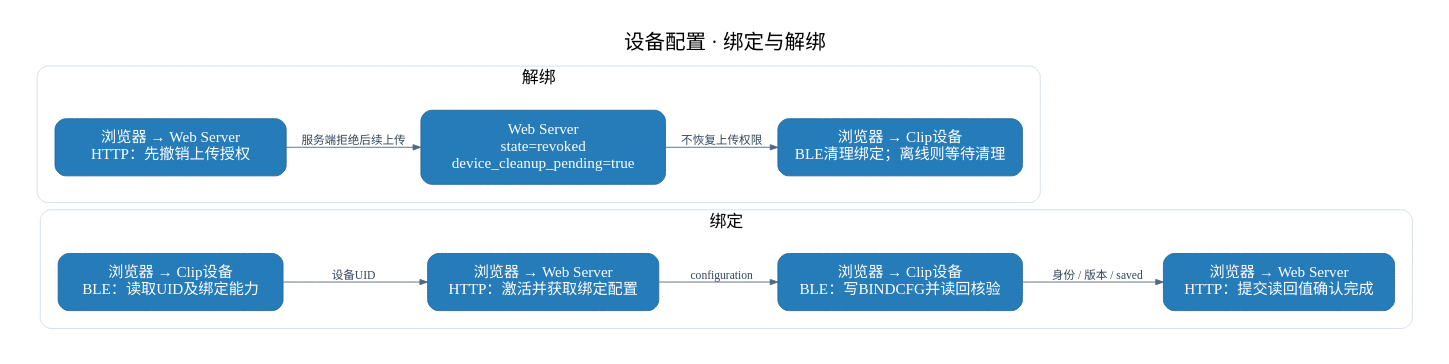
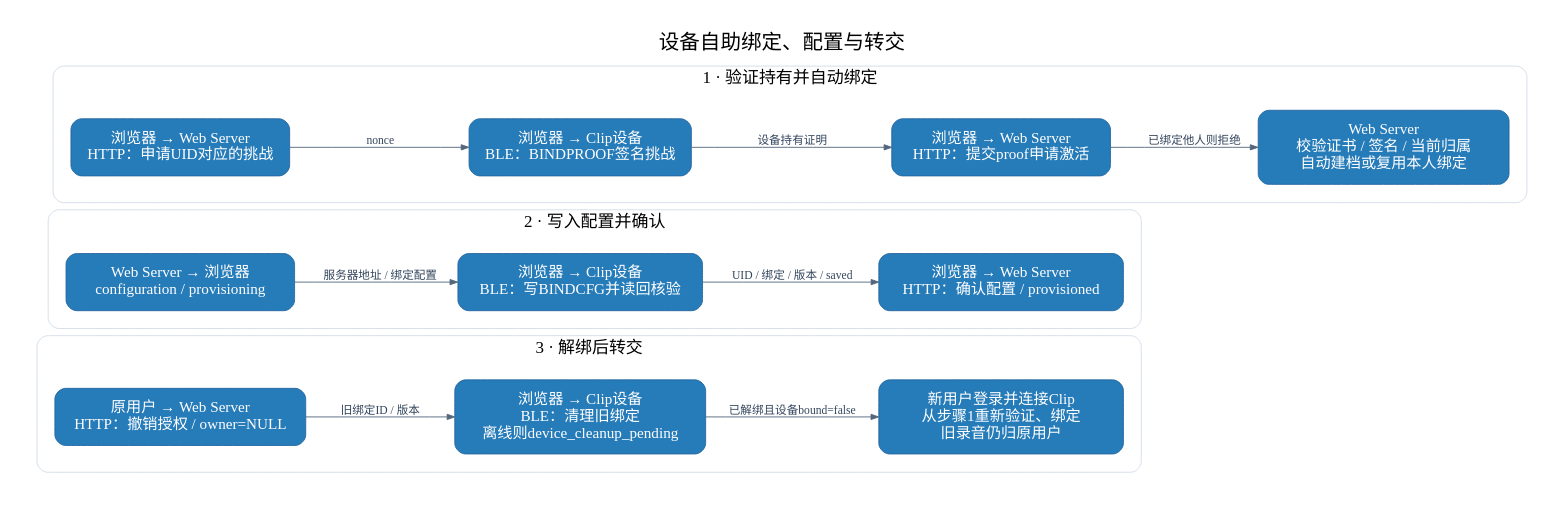
One commit to boboliu-1010/speaker changed the diagram in docs/assets/diagrams/11-device-configuration.dot. Above: the diagram before and after it, drawn with Graphviz. The commit also changed 7 other files, not shown here.

Commit message:
docs: align self-service device binding across APIs schema and diagrams

```diff
--- a/docs/assets/diagrams/11-device-configuration.dot
+++ b/docs/assets/diagrams/11-device-configuration.dot
@@ -1,21 +1,28 @@
 digraph G {
-graph [rankdir=LR, bgcolor="white", pad="0.35", nodesep="0.4", ranksep="0.5", splines=line, fontname="PingFang SC", fontsize=23, labelloc=t, label="设备配置 · 绑定与解绑"];
+graph [rankdir=LR, bgcolor="white", pad="0.35", nodesep="0.4", ranksep="0.55", splines=line, fontname="PingFang SC", fontsize=23, labelloc=t, label="设备自助绑定、配置与转交"];
 node [shape=box, style="rounded,filled", fillcolor="#267bb9", color="#2366a0", fontcolor=white, fontname="PingFang SC", fontsize=17, margin="0.22,0.18"];
 edge [fontname="PingFang SC", fontsize=13, color="#53667c", fontcolor="#34465d", arrowsize=0.85];
-subgraph cluster_bind { label="绑定"; color="#d1dce8"; style=rounded; fontsize=19; margin=20;
-n0 [width=3.5, label="浏览器 → Clip设备\nBLE：读取UID及绑定能力"];
-n1 [width=3.6, label="浏览器 → Web Server\nHTTP：激活并获取绑定配置"];
-n2 [width=3.8, label="浏览器 → Clip设备\nBLE：写BINDCFG并读回核验"];
-n3 [width=3.6, label="浏览器 → Web Server\nHTTP：提交读回值确认完成"];
-n0 -> n1 [label="设备UID"];
-n1 -> n2 [label="configuration"];
-n2 -> n3 [label="身份 / 版本 / saved"];
+subgraph cluster_transfer { label="3 · 解绑后转交"; color="#d1dce8"; style=rounded; fontsize=19; margin=20;
+u0 [width=3.90, label="原用户 → Web Server\nHTTP：撤销授权 / owner=NULL"];
+u1 [width=3.80, label="浏览器 → Clip设备\nBLE：清理旧绑定\n离线则device_cleanup_pending"];
+u2 [width=3.80, label="新用户登录并连接Clip\n从步骤1重新验证、绑定\n旧录音仍归原用户"];
+u0 -> u1 [label="旧绑定ID / 版本"];
+u1 -> u2 [label="已解绑且设备bound=false"];
 }
-subgraph cluster_unbind { label="解绑"; color="#d1dce8"; style=rounded; fontsize=19; margin=20;
-u0 [width=3.6, label="浏览器 → Web Server\nHTTP：先撤销上传授权"];
-u1 [width=3.8, label="Web Server\nstate=revoked\ndevice_cleanup_pending=true"];
-u2 [width=3.8, label="浏览器 → Clip设备\nBLE清理绑定；离线则等待清理"];
-u0 -> u1 [label="服务端拒绝后续上传"];
-u1 -> u2 [label="不恢复上传权限"];
+subgraph cluster_config { label="2 · 写入配置并确认"; color="#d1dce8"; style=rounded; fontsize=19; margin=20;
+c0 [width=3.40, label="Web Server → 浏览器\nconfiguration / provisioning"];
+c1 [width=3.80, label="浏览器 → Clip设备\nBLE：写BINDCFG并读回核验"];
+c2 [width=3.80, label="浏览器 → Web Server\nHTTP：确认配置 / provisioned"];
+c0 -> c1 [label="服务器地址 / 绑定配置"];
+c1 -> c2 [label="UID / 绑定 / 版本 / saved"];
+}
+subgraph cluster_bind { label="1 · 验证持有并自动绑定"; color="#d1dce8"; style=rounded; fontsize=19; margin=20;
+b0 [width=3.40, label="浏览器 → Web Server\nHTTP：申请UID对应的挑战"];
+b1 [width=3.40, label="浏览器 → Clip设备\nBLE：BINDPROOF签名挑战"];
+b2 [width=3.40, label="浏览器 → Web Server\nHTTP：提交proof申请激活"];
+b3 [width=3.90, label="Web Server\n校验证书 / 签名 / 当前归属\n自动建档或复用本人绑定"];
+b0 -> b1 [label="nonce"];
+b1 -> b2 [label="设备持有证明"];
+b2 -> b3 [label="已绑定他人则拒绝"];
 }
 }
```
